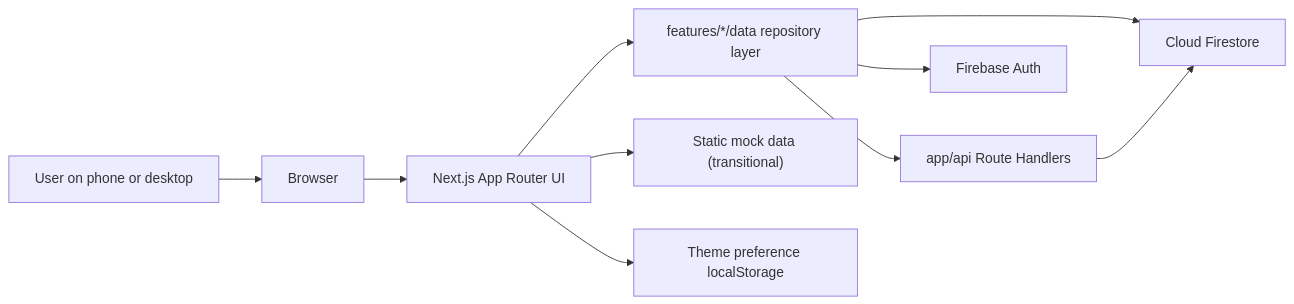
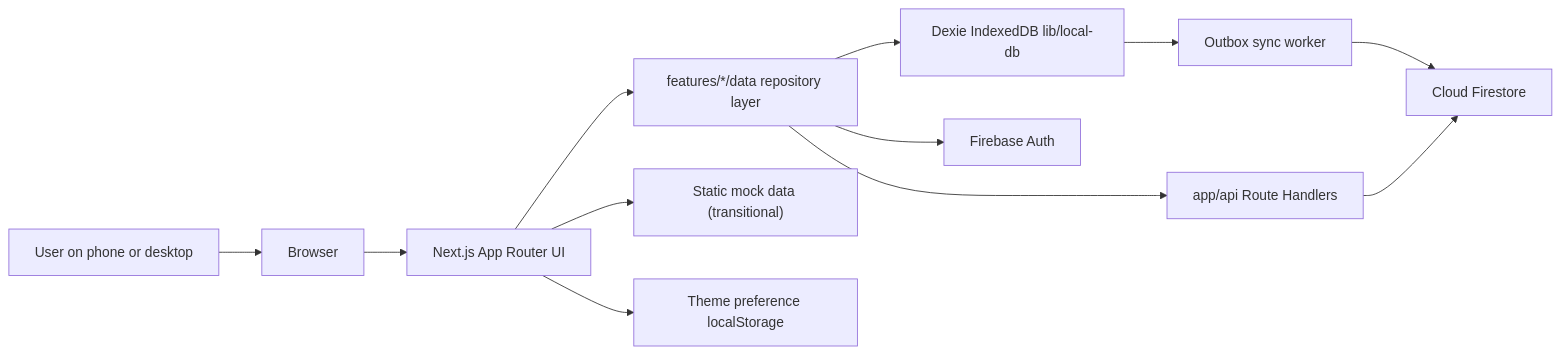
Before and after one commit to faizan-khokhar/life-kit: the first of 2 diagrams in PROJECT.md, drawn with Mermaid. The commit also changed other lines of this file and 28 other files, not shown here.

````diff
--- a/PROJECT.md
+++ b/PROJECT.md
@@ -55,22 +55,26 @@
 ```mermaid
 flowchart LR
   User[User on phone or desktop]
   Browser[Browser]
   NextApp[Next.js App Router UI]
   DataLayer["features/*/data repository layer"]
+  LocalDb["Dexie IndexedDB lib/local-db"]
+  SyncWorker[Outbox sync worker]
   RouteHandlers["app/api Route Handlers"]
   FirebaseAuth[Firebase Auth]
   Firestore[Cloud Firestore]
   Mock["Static mock data (transitional)"]
   ThemeStore[Theme preference localStorage]
 
   User --> Browser
   Browser --> NextApp
   NextApp --> DataLayer
   NextApp --> Mock
   NextApp --> ThemeStore
+  DataLayer --> LocalDb
   DataLayer --> FirebaseAuth
-  DataLayer --> Firestore
+  LocalDb --> SyncWorker
+  SyncWorker --> Firestore
   DataLayer --> RouteHandlers
   RouteHandlers --> Firestore
 ```
````
